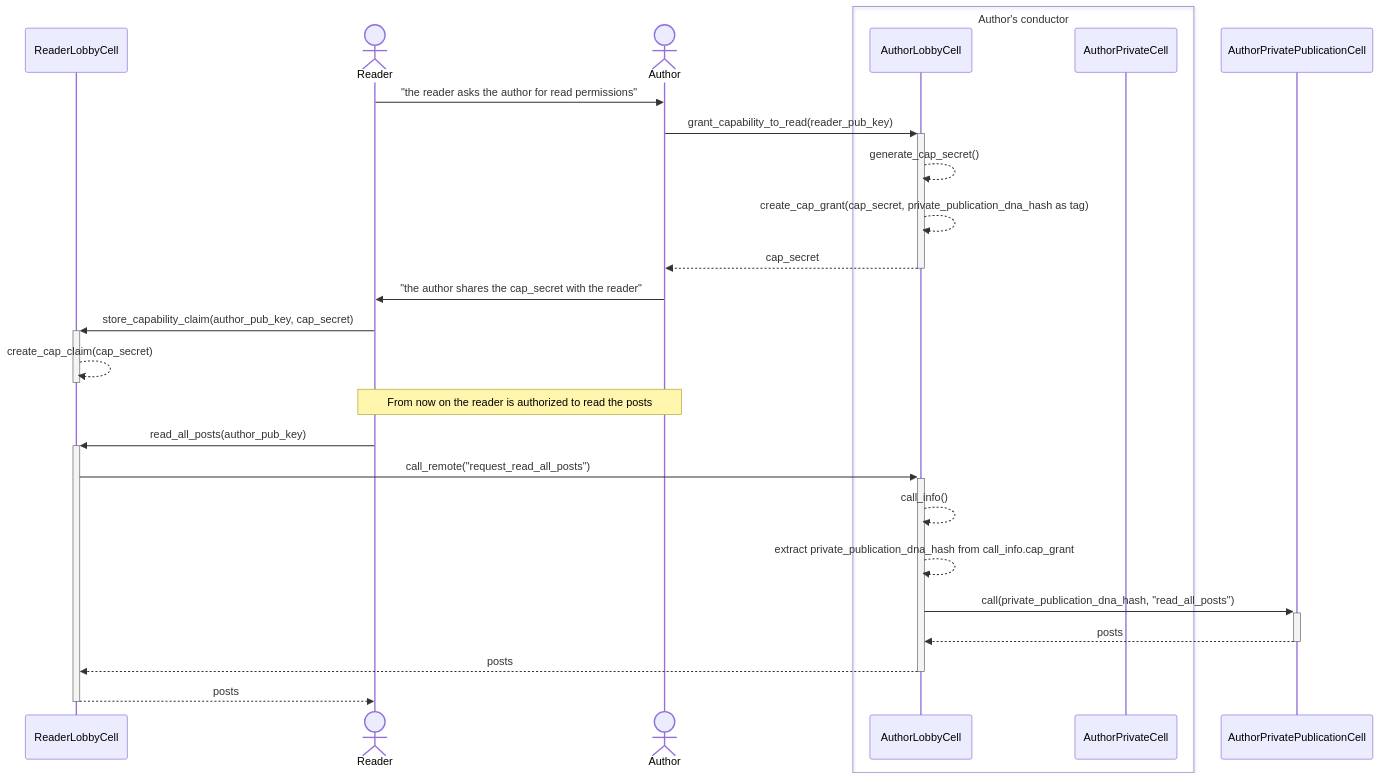
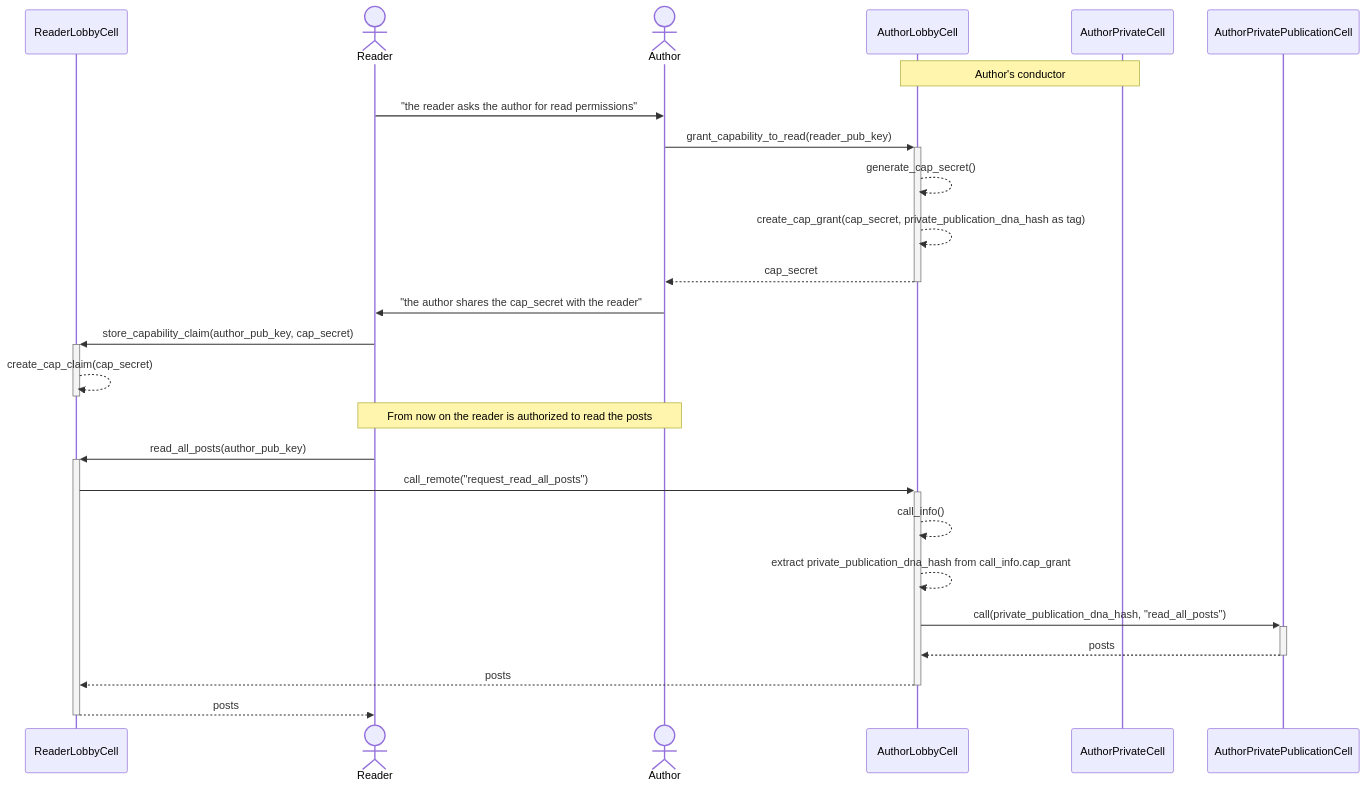
The diagram in EXERCISES.md (holochain-immersive/private-publication), drawn with Mermaid before and after one commit. The commit also changed 3 other files, not shown here.

````diff
--- a/EXERCISES.md
+++ b/EXERCISES.md
@@ -66,29 +66,28 @@
 ```mermaid
 sequenceDiagram
 
 participant ReaderLobbyCell
 actor Reader
 actor Author
-box Author's conductor
 participant AuthorLobbyCell
 participant AuthorPrivateCell
-end
 
+Note over AuthorLobbyCell,AuthorPrivateCell: Author's conductor
 Reader->>Author: "the reader asks the author for read permissions"
 Author->>+AuthorLobbyCell: grant_capability_to_read(reader_pub_key)
 AuthorLobbyCell-->>AuthorLobbyCell: generate_cap_secret()
 AuthorLobbyCell-->>AuthorLobbyCell: create_cap_grant(cap_secret, private_publication_dna_hash as tag)
 AuthorLobbyCell-->>-Author: cap_secret
 Author->>Reader: "the author shares the cap_secret with the reader"
 Reader->>+ReaderLobbyCell: store_capability_claim(author_pub_key, cap_secret)
 ReaderLobbyCell-->>-ReaderLobbyCell: create_cap_claim(cap_secret)
 Note over Author,Reader: From now on the reader is authorized to read the posts
 Reader->>+ReaderLobbyCell: read_all_posts(author_pub_key)
 ReaderLobbyCell->>+AuthorLobbyCell: call_remote("request_read_all_posts")
 AuthorLobbyCell-->>AuthorLobbyCell: call_info()
 AuthorLobbyCell-->>AuthorLobbyCell: extract private_publication_dna_hash from call_info.cap_grant
 AuthorLobbyCell->>+AuthorPrivatePublicationCell: call(private_publication_dna_hash, "read_all_posts")
 AuthorPrivatePublicationCell-->>-AuthorLobbyCell: posts
 AuthorLobbyCell-->>-ReaderLobbyCell: posts
 ReaderLobbyCell-->>-Reader: posts
 ```
````
